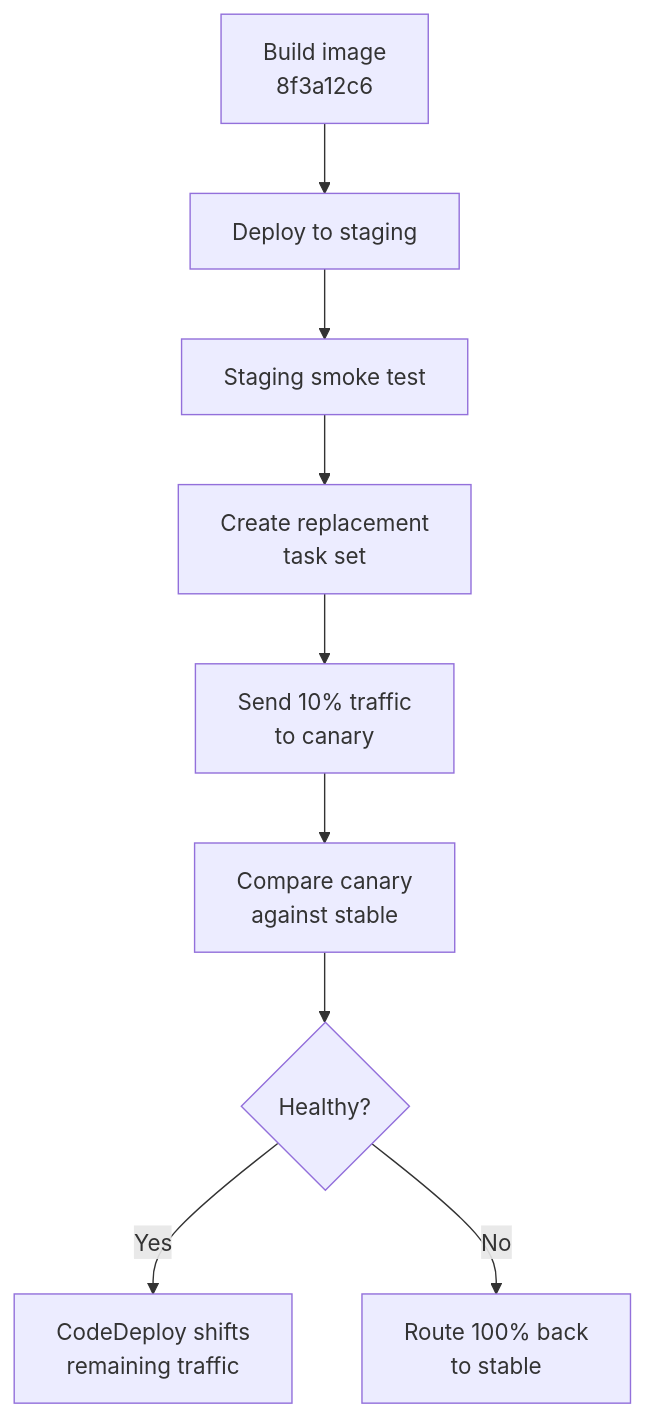
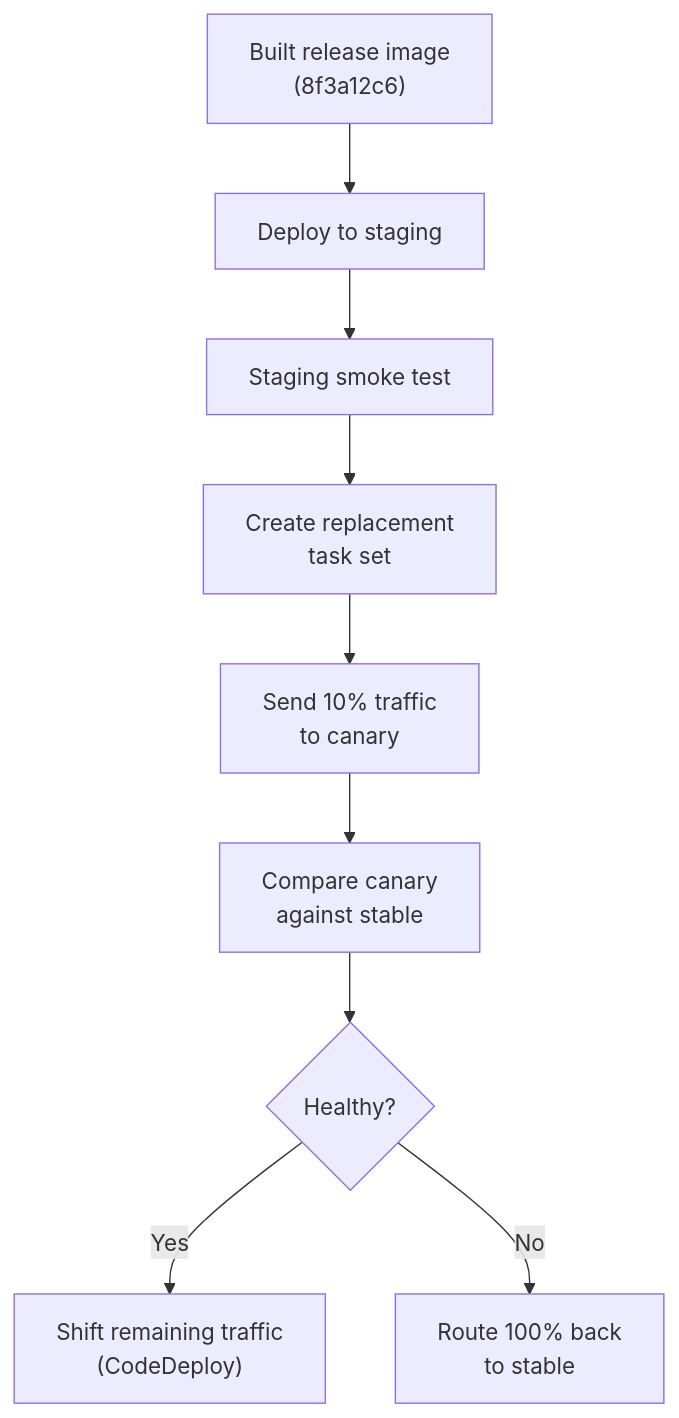
The diagram in cicd/deployment-strategies/canary-deployments.md (senlinyy/dev-roadmaps), drawn with Mermaid before and after one commit. The commit also changed 89 other files, not shown here.

````diff
--- a/cicd/deployment-strategies/canary-deployments.md
+++ b/cicd/deployment-strategies/canary-deployments.md
@@ -94,11 +94,11 @@
 ```mermaid
 graph TD
-    BUILD["Build image\n8f3a12c6"] --> STAGING["Deploy to staging"]
+    BUILD["Built release image<br/>(8f3a12c6)"] --> STAGING["Deploy to staging"]
     STAGING --> CHECK["Staging smoke test"]
     CHECK --> CANARY["Create replacement\ntask set"]
     CANARY --> FIVE["Send 10% traffic\nto canary"]
     FIVE --> WATCH["Compare canary\nagainst stable"]
     WATCH --> DECISION{"Healthy?"}
-    DECISION -- "Yes" --> FULL["CodeDeploy shifts\nremaining traffic"]
+    DECISION -- "Yes" --> FULL["Shift remaining traffic<br/>(CodeDeploy)"]
     DECISION -- "No" --> STOP["Route 100% back\nto stable"]
 ```
````
